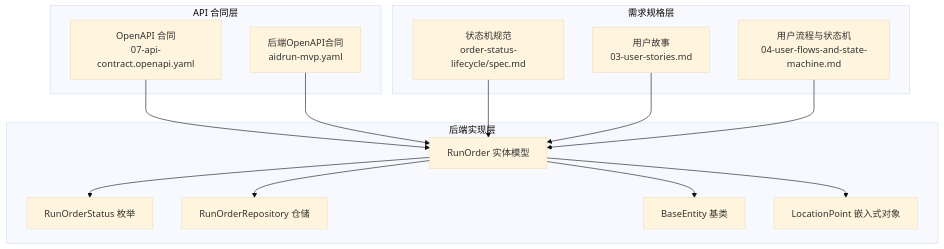
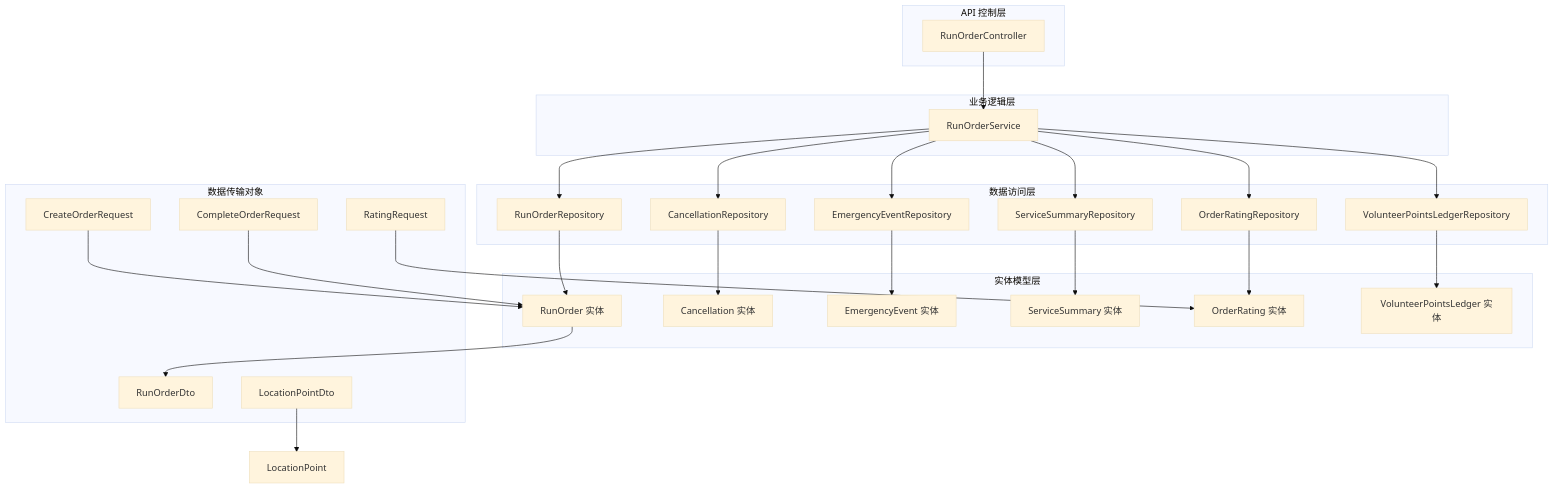
One commit to Jayden23018/blind-run-ios changed the first of 8 diagrams in .qoder/repowiki/zh/content/API 接口文档/订单管理接口/订单管理接口.md. Above: the diagram before and after it, drawn with Mermaid (base theme). The commit also changed other lines of this file and 8 other files, not shown here.

````diff
--- a/.qoder/repowiki/zh/content/API 接口文档/订单管理接口/订单管理接口.md
+++ b/.qoder/repowiki/zh/content/API 接口文档/订单管理接口/订单管理接口.md
@@ -47,28 +58,50 @@
 ```mermaid
 graph TB
-subgraph "API 合同层"
-OpenAPI[OpenAPI 合同<br/>07-api-contract.openapi.yaml]
-BackendOpenAPI[后端OpenAPI合同<br/>aidrun-mvp.yaml]
+subgraph "API 控制层"
+RunOrderController[RunOrderController]
 end
-subgraph "需求规格层"
-Lifecycle[状态机规范<br/>order-status-lifecycle/spec.md]
-UserStories[用户故事<br/>03-user-stories.md]
-FlowState[用户流程与状态机<br/>04-user-flows-and-state-machine.md]
+subgraph "业务逻辑层"
+RunOrderService[RunOrderService]
 end
-subgraph "后端实现层"
-RunOrder[RunOrder 实体模型]
-RunOrderStatus[RunOrderStatus 枚举]
-RunOrderRepository[RunOrderRepository 仓储]
-BaseEntity[BaseEntity 基类]
-LocationPoint[LocationPoint 嵌入式对象]
+subgraph "数据访问层"
+RunOrderRepository[RunOrderRepository]
+CancellationRepository[CancellationRepository]
+EmergencyEventRepository[EmergencyEventRepository]
+ServiceSummaryRepository[ServiceSummaryRepository]
+OrderRatingRepository[OrderRatingRepository]
+VolunteerPointsLedgerRepository[VolunteerPointsLedgerRepository]
 end
-OpenAPI --> RunOrder
-BackendOpenAPI --> RunOrder
-Lifecycle --> RunOrder
-UserStories --> RunOrder
-FlowState --> RunOrder
-RunOrder --> RunOrderStatus
-RunOrder --> RunOrderRepository
-RunOrder --> BaseEntity
-RunOrder --> LocationPoint
+subgraph "实体模型层"
+RunOrder[RunOrder 实体]
+Cancellation[Cancellation 实体]
+EmergencyEvent[EmergencyEvent 实体]
+ServiceSummary[ServiceSummary 实体]
+OrderRating[OrderRating 实体]
+VolunteerPointsLedger[VolunteerPointsLedger 实体]
+end
+subgraph "数据传输对象"
+RunOrderDto[RunOrderDto]
+CreateOrderRequest[CreateOrderRequest]
+CompleteOrderRequest[CompleteOrderRequest]
+RatingRequest[RatingRequest]
+LocationPointDto[LocationPointDto]
+end
+RunOrderController --> RunOrderService
+RunOrderService --> RunOrderRepository
+RunOrderService --> CancellationRepository
+RunOrderService --> EmergencyEventRepository
+RunOrderService --> ServiceSummaryRepository
+RunOrderService --> OrderRatingRepository
+RunOrderService --> VolunteerPointsLedgerRepository
+RunOrderRepository --> RunOrder
+CancellationRepository --> Cancellation
+EmergencyEventRepository --> EmergencyEvent
+ServiceSummaryRepository --> ServiceSummary
+OrderRatingRepository --> OrderRating
+VolunteerPointsLedgerRepository --> VolunteerPointsLedger
+RunOrder --> RunOrderDto
+CreateOrderRequest --> RunOrder
+CompleteOrderRequest --> RunOrder
+RatingRequest --> OrderRating
+LocationPointDto --> LocationPoint
 ```
````
